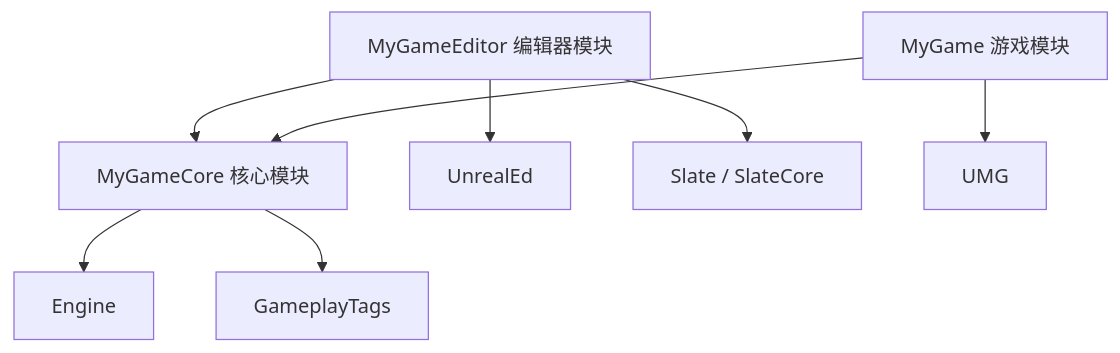
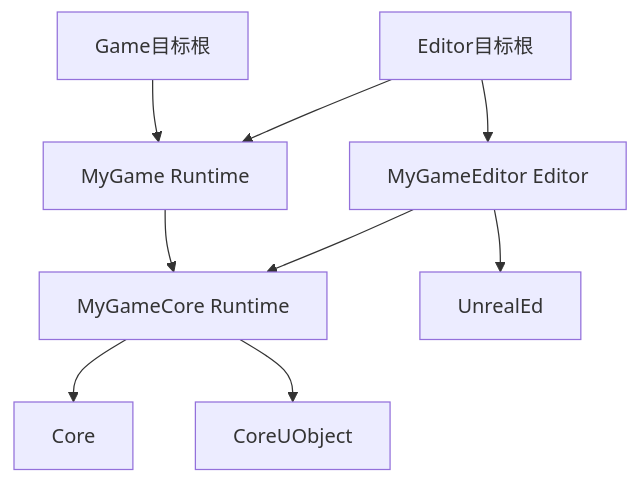
Before and after one commit to fantuan812/learning: the second of 2 diagrams in 知识/08-工程实践与质量/构建编译与制品/01-UBT构建系统与编译配置.md, drawn with Mermaid. The commit also changed other lines of this file and 1 other file, not shown here.

````diff
--- a/知识/08-工程实践与质量/构建编译与制品/01-UBT构建系统与编译配置.md
+++ b/知识/08-工程实践与质量/构建编译与制品/01-UBT构建系统与编译配置.md
@@ -373,10 +556,11 @@
 ```mermaid
 flowchart TD
-    MyGameEditor[MyGameEditor 编辑器模块] --> MyGameCore[MyGameCore 核心模块]
-    MyGame[MyGame 游戏模块] --> MyGameCore
-    MyGameCore --> Engine[Engine]
-    MyGameCore --> GameplayTags[GameplayTags]
+    GameRoot[Game目标根] --> MyGame[MyGame Runtime]
+    EditorRoot[Editor目标根] --> MyGame
+    EditorRoot --> MyGameEditor[MyGameEditor Editor]
+    MyGame --> MyGameCore[MyGameCore Runtime]
+    MyGameEditor --> MyGameCore
     MyGameEditor --> UnrealEd[UnrealEd]
-    MyGameEditor --> Slate[Slate / SlateCore]
-    MyGame --> UMG[UMG]
+    MyGameCore --> Core[Core]
+    MyGameCore --> CoreUObject[CoreUObject]
 ```
````
